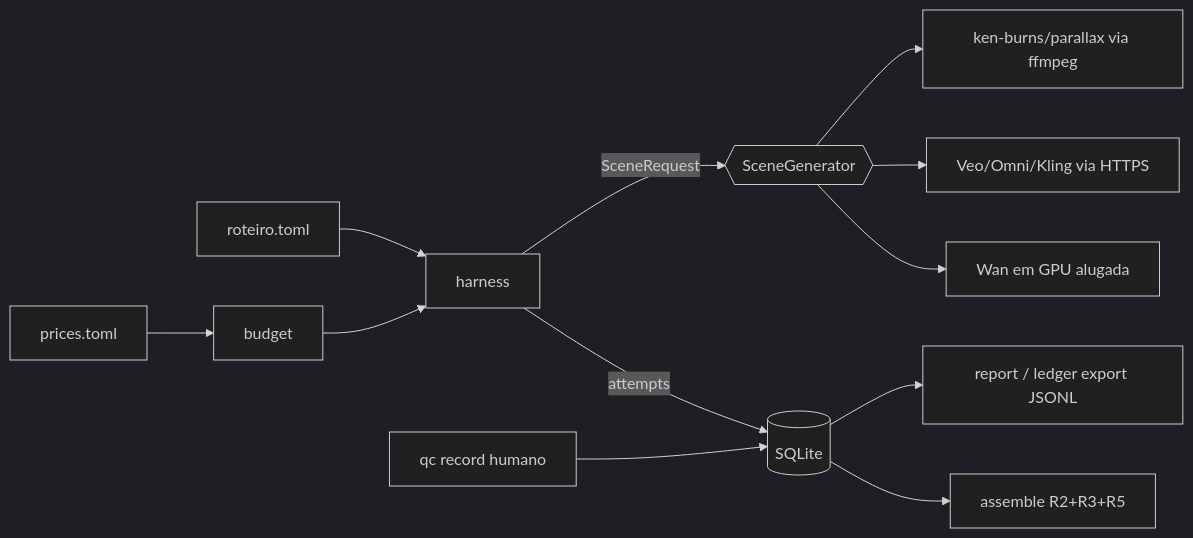
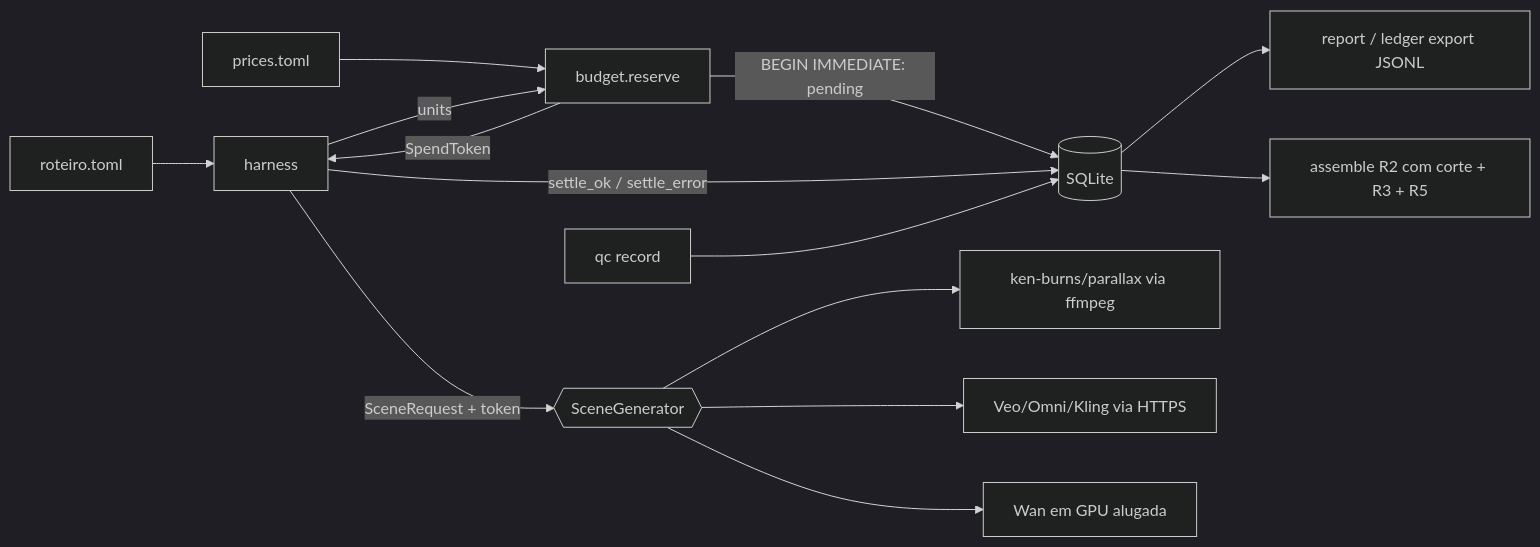
Before and after one commit to LuisCrivellaro/VerionAI: the diagram in docs/engineering/FASE0_HARNESS.md, drawn with Mermaid (dark theme). The commit also changed other lines of this file and 3 other files, not shown here.

````diff
--- a/docs/engineering/FASE0_HARNESS.md
+++ b/docs/engineering/FASE0_HARNESS.md
@@ -222,10 +323,11 @@
 ```mermaid
 flowchart LR
   R[roteiro.toml] --> H[harness]
-  P[prices.toml] --> B[budget] --> H
-  H -->|SceneRequest| A{{SceneGenerator}}
+  P[prices.toml] --> B[budget.reserve]
+  H -->|units| B -->|BEGIN IMMEDIATE: pending| DB[(SQLite)]
+  B -->|SpendToken| H -->|SceneRequest + token| A{{SceneGenerator}}
   A --> KB[ken-burns/parallax via ffmpeg] & API[Veo/Omni/Kling via HTTPS] & GPU[Wan em GPU alugada]
-  H -->|attempts| DB[(SQLite)]
-  Q[qc record humano] --> DB --> RP[report / ledger export JSONL]
-  DB --> AS[assemble R2+R3+R5]
+  H -->|settle_ok / settle_error| DB
+  Q[qc record] --> DB --> RP[report / ledger export JSONL]
+  DB --> AS[assemble R2 com corte + R3 + R5]
 ```
````
